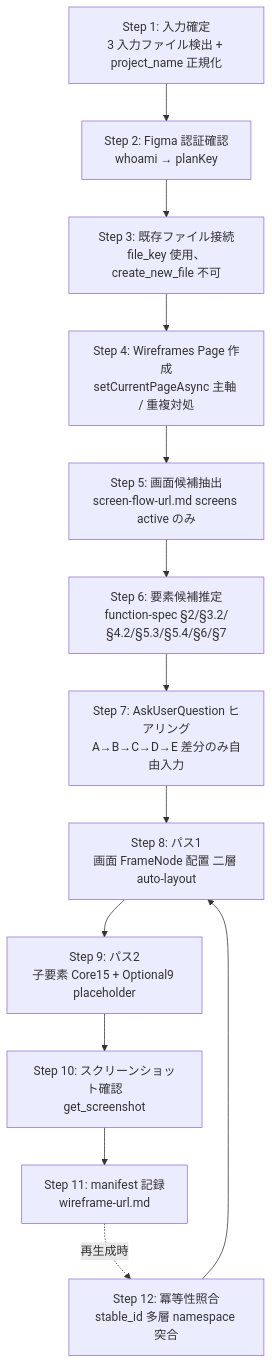
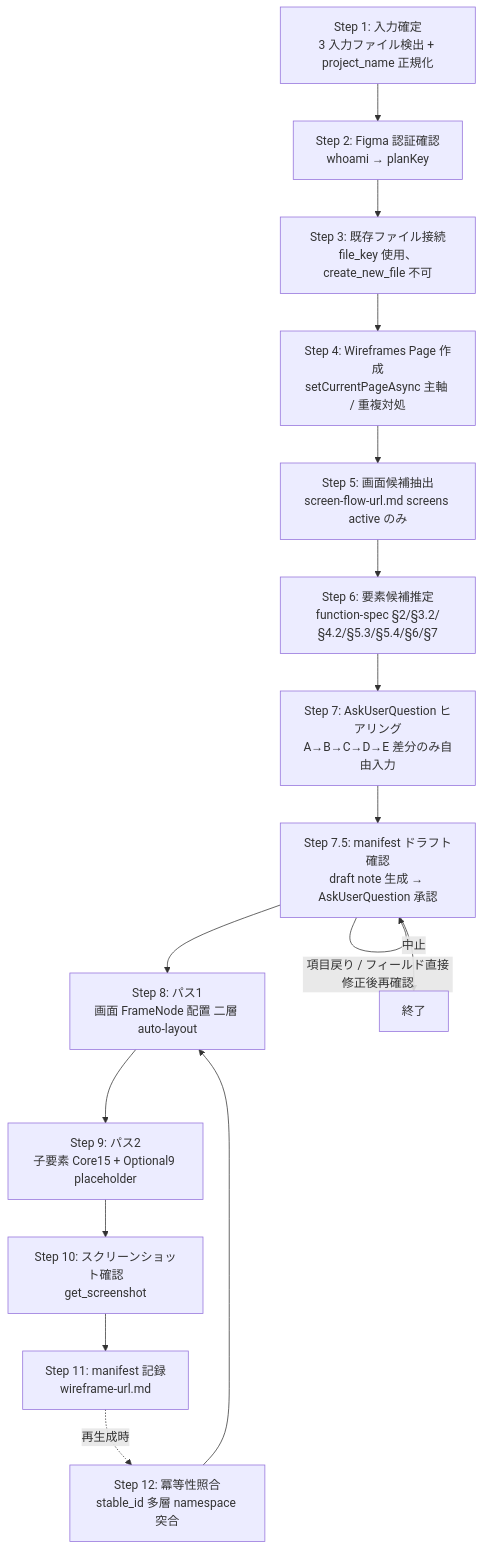
Before and after one commit to einja-inc/einja-management-template: the diagram in .claude/skills/einja-project-screen-spec/SKILL.md, drawn with Mermaid. The commit also changed other lines of this file and 2 other files, not shown here.

First line of the commit message:
feat: einja-project-screen-spec に Step 7.5 ドラフト確認フェーズを追加

````diff
--- a/.claude/skills/einja-project-screen-spec/SKILL.md
+++ b/.claude/skills/einja-project-screen-spec/SKILL.md
@@ -49,15 +49,18 @@
 ```mermaid
 flowchart TB
   S1[Step 1: 入力確定<br/>3 入力ファイル検出 + project_name 正規化] --> S2[Step 2: Figma 認証確認<br/>whoami → planKey]
   S2 --> S3[Step 3: 既存ファイル接続<br/>file_key 使用、create_new_file 不可]
   S3 --> S4[Step 4: Wireframes Page 作成<br/>setCurrentPageAsync 主軸 / 重複対処]
   S4 --> S5[Step 5: 画面候補抽出<br/>screen-flow-url.md screens active のみ]
   S5 --> S6[Step 6: 要素候補推定<br/>function-spec §2/§3.2/§4.2/§5.3/§5.4/§6/§7]
   S6 --> S7[Step 7: AskUserQuestion ヒアリング<br/>A→B→C→D→E 差分のみ自由入力]
-  S7 --> S8[Step 8: パス1<br/>画面 FrameNode 配置 二層 auto-layout]
+  S7 --> S75[Step 7.5: manifest ドラフト確認<br/>draft note 生成 → AskUserQuestion 承認]
+  S75 --> S8[Step 8: パス1<br/>画面 FrameNode 配置 二層 auto-layout]
+  S75 -->|項目戻り / フィールド直接修正後再確認| S75
+  S75 -->|中止| END[終了]
   S8 --> S9[Step 9: パス2<br/>子要素 Core15 + Optional9 placeholder]
   S9 --> S10[Step 10: スクリーンショット確認<br/>get_screenshot]
   S10 --> S11[Step 11: manifest 記録<br/>wireframe-url.md]
   S11 -.再生成時.-> S12[Step 12: 冪等性照合<br/>stable_id 多層 namespace 突合]
   S12 --> S8
 ```
````
